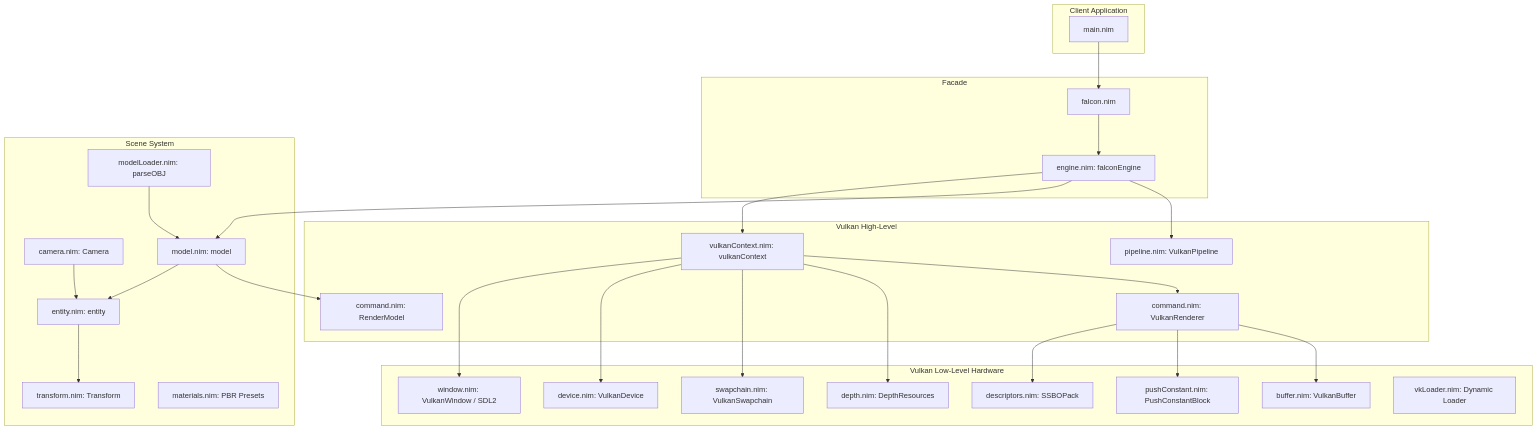
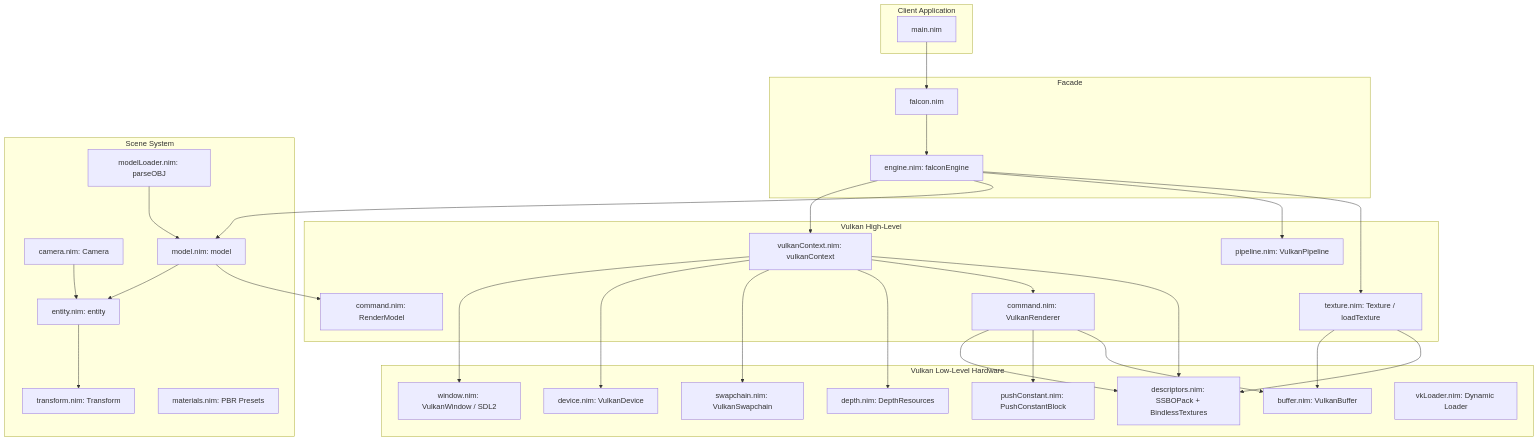
One commit to ghostsigma452-design/Falcon changed the first of 2 diagrams in src/README.md. Above: the diagram before and after it, drawn with Mermaid. The commit also changed other lines of this file, not shown here.

````diff
--- a/src/README.md
+++ b/src/README.md
@@ -164,57 +229,62 @@
 ```mermaid
 graph TD
     subgraph Client Application
         Main[main.nim]
     end
 
     subgraph Facade
         FalconUmbrella[falcon.nim]
         FalconEngine[engine.nim: falconEngine]
     end
 
     subgraph Scene System
         Entity[entity.nim: entity]
         Camera[camera.nim: Camera]
         Model[model.nim: model]
         Transform[transform.nim: Transform]
         ModelLoader[modelLoader.nim: parseOBJ]
         Materials[materials.nim: PBR Presets]
     end
 
     subgraph Vulkan High-Level
         VkCtx[vulkanContext.nim: vulkanContext]
         VkPipeline[pipeline.nim: VulkanPipeline]
         VkRenderer[command.nim: VulkanRenderer]
         RenderModel[command.nim: RenderModel]
+        VkTexture["texture.nim: Texture / loadTexture"]
     end
 
     subgraph Vulkan Low-Level Hardware
         VkWindow[window.nim: VulkanWindow / SDL2]
         VkDevice[device.nim: VulkanDevice]
         VkSwapchain[swapchain.nim: VulkanSwapchain]
         VkDepth[depth.nim: DepthResources]
         VkBuffer[buffer.nim: VulkanBuffer]
-        VkDescriptors[descriptors.nim: SSBOPack]
+        VkDescriptors["descriptors.nim: SSBOPack + BindlessTextures"]
         VkPushConstant[pushConstant.nim: PushConstantBlock]
         VkLoader[vkLoader.nim: Dynamic Loader]
     end
 
     Main --> FalconUmbrella
     FalconUmbrella --> FalconEngine
     FalconEngine --> VkCtx
     FalconEngine --> Model
     FalconEngine --> VkPipeline
+    FalconEngine --> VkTexture
     Model --> Entity
     Camera --> Entity
     Entity --> Transform
     ModelLoader --> Model
     Model --> RenderModel
     VkCtx --> VkWindow
     VkCtx --> VkDevice
     VkCtx --> VkSwapchain
     VkCtx --> VkDepth
     VkCtx --> VkRenderer
+    VkCtx --> VkDescriptors
     VkRenderer --> VkDescriptors
     VkRenderer --> VkPushConstant
     VkRenderer --> VkBuffer
+    VkTexture --> VkBuffer
+    VkTexture --> VkDescriptors
 ```
````
